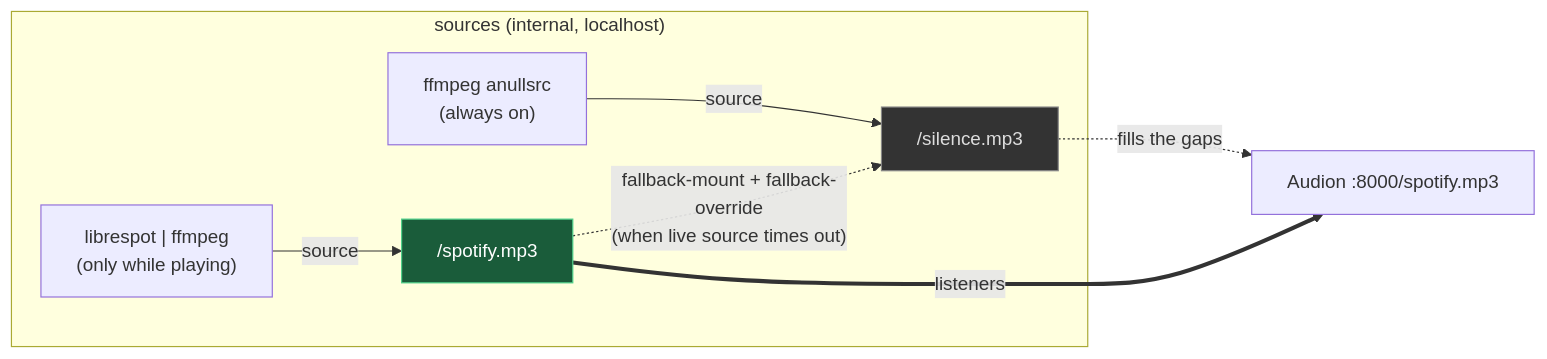
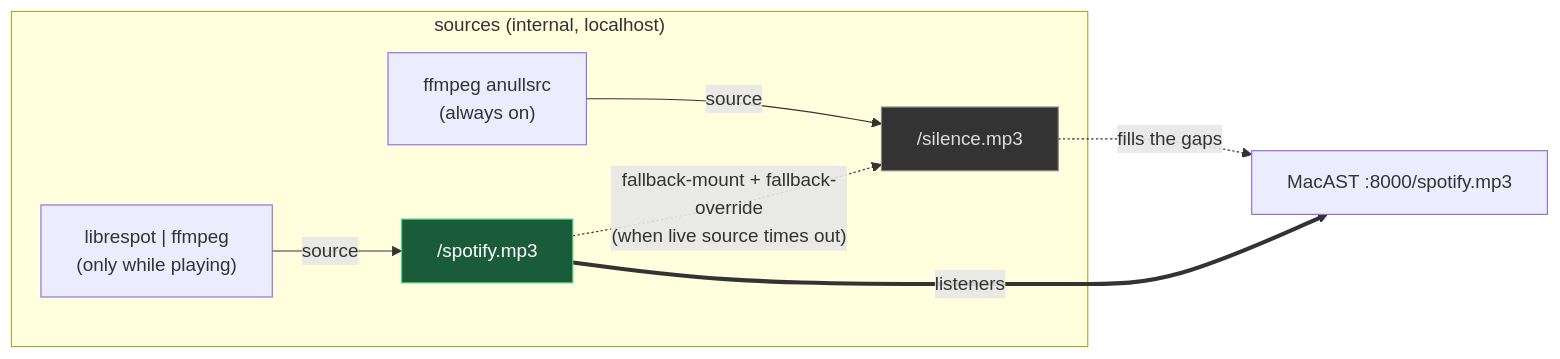
One commit to felipedbene/gopher-spot changed the fifth of 6 diagrams in README.md. Above: the diagram before and after it, drawn with Mermaid. The commit also changed other lines of this file and 8 other files, not shown here.

First line of the commit message:
docs: reconcile client/player with reality (Netscape Communicator + MacAST)

````diff
--- a/README.md
+++ b/README.md
@@ -308,13 +309,13 @@
 ```mermaid
 flowchart LR
     subgraph src["sources (internal, localhost)"]
         SIL["ffmpeg anullsrc<br/>(always on)"] -->|source| M2["/silence.mp3"]
         LIVE["librespot | ffmpeg<br/>(only while playing)"] -->|source| M1["/spotify.mp3"]
     end
     M1 -. "fallback-mount + fallback-override<br/>(when live source times out)" .-> M2
-    M1 ==>|listeners| AU["Audion :8000/spotify.mp3"]
+    M1 ==>|listeners| AU["MacAST :8000/spotify.mp3"]
     M2 -. fills the gaps .-> AU
 
     style M1 fill:#1a5c3a,stroke:#4fd18b,color:#fff
     style M2 fill:#333,stroke:#888,color:#ddd
 ```
````
